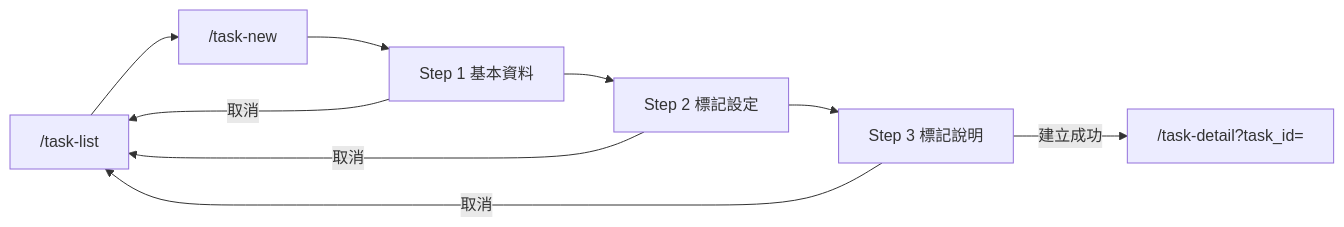
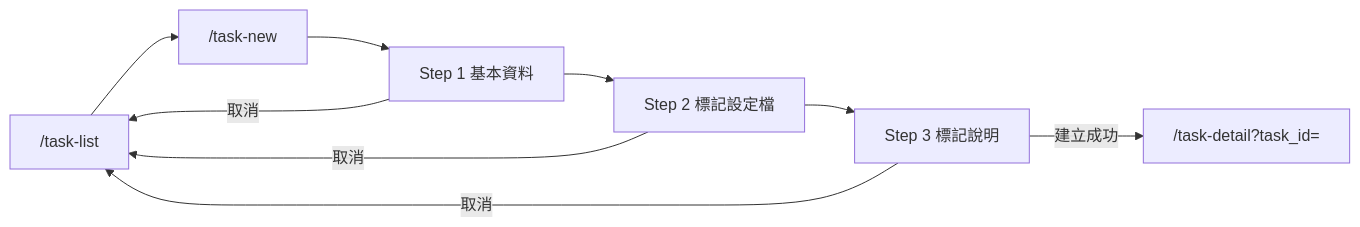
Before and after one commit to singyichen/label-suite: the second of 2 diagrams in specs/task-management/013-task-new/spec.md, drawn with Mermaid. The commit also changed other lines of this file and 2 other files, not shown here.

````diff
--- a/specs/task-management/013-task-new/spec.md
+++ b/specs/task-management/013-task-new/spec.md
@@ -194,11 +194,11 @@
 ```mermaid
 flowchart LR
     tasklist["/task-list"] --> tasknew["/task-new"]
     tasknew --> step1["Step 1 基本資料"]
-    step1 --> step2["Step 2 標記設定"]
+    step1 --> step2["Step 2 標記設定檔"]
     step2 --> step3["Step 3 標記說明"]
     step3 -->|建立成功| taskdetail["/task-detail?task_id="]
     step1 -->|取消| tasklist
     step2 -->|取消| tasklist
     step3 -->|取消| tasklist
 ```
````
